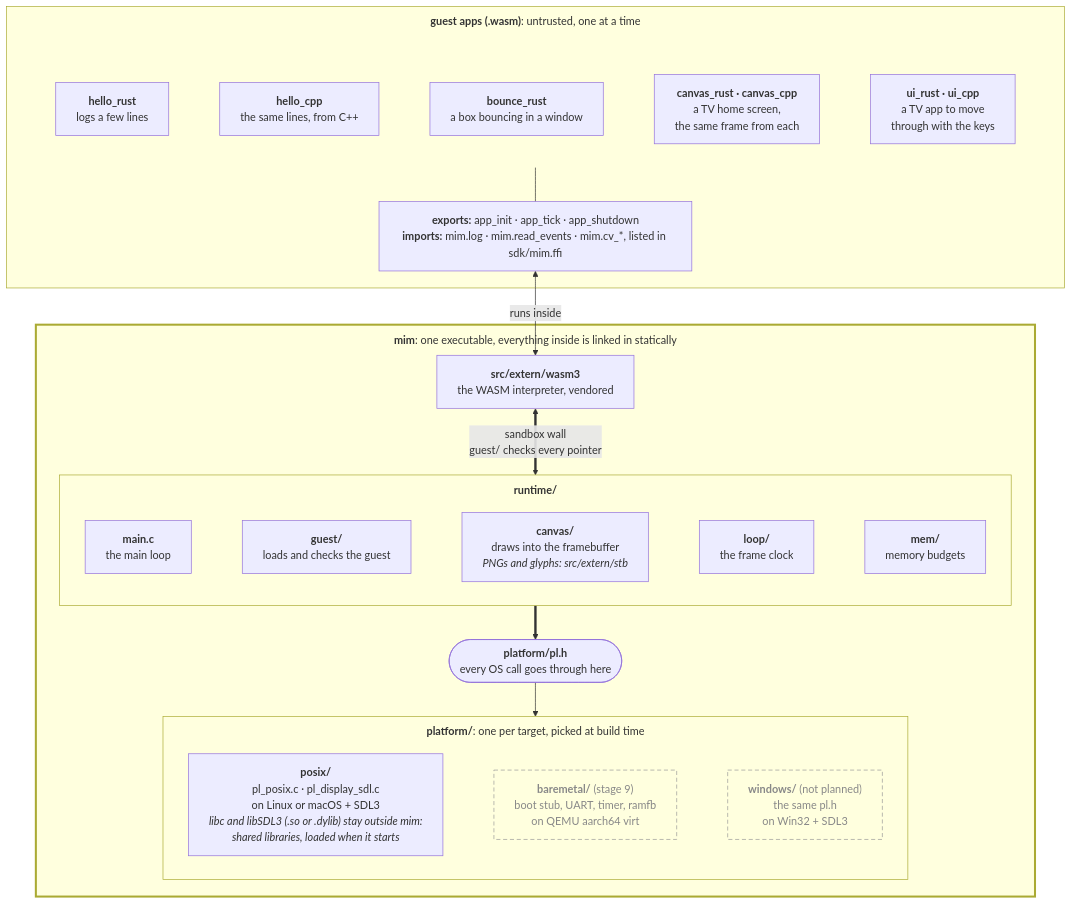
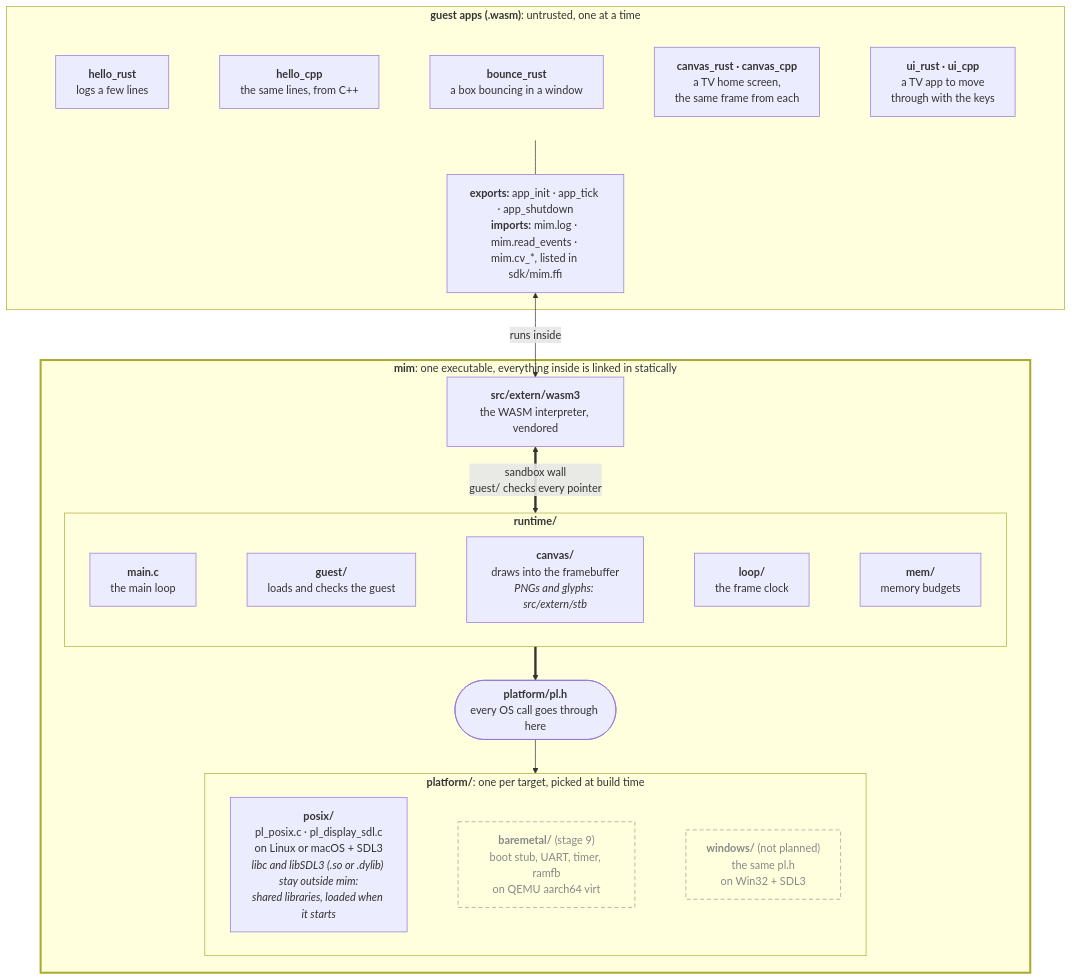
The first of 3 diagrams in README.md (arinal/mim), drawn with Mermaid before and after one commit. The commit also changed other lines of this file and 8 other files, not shown here.

````diff
--- a/README.md
+++ b/README.md
@@ -17,54 +17,53 @@
 ```mermaid
-%%{init: {"flowchart": {"wrappingWidth": 400, "subGraphTitleMargin": {"top": 10, "bottom": 10}}}}%%
 flowchart TB
     accTitle: How MIM fits together
     accDescr: Everything except the guest apps is one executable, mim; on Linux it loads libc and libSDL3 as shared libraries. Seven untrusted WASM guest apps (hello_rust, hello_cpp, bounce_rust, canvas_rust and canvas_cpp, and ui_rust and ui_cpp), loaded one at a time, run inside the wasm3 interpreter. Their imports reach the runtime's guest loader, which checks every pointer and passes drawing calls to the canvas, which draws into the framebuffer, using stb for PNGs and glyphs. The runtime reaches the OS only through platform/pl.h. Linux implements it today; bare metal in QEMU is planned for stage 9, and Windows is not planned.
 
     subgraph apps["<b>guest apps (.wasm)</b>: untrusted, one at a time"]
         subgraph list[" "]
             direction LR
             hello_rust["<b>hello_rust</b><br/>logs a few lines"]
             hello_cpp["<b>hello_cpp</b><br/>the same lines, from C++"]
             bounce_rust["<b>bounce_rust</b><br/>a box bouncing in a window"]
             demo["<b>canvas_rust · canvas_cpp</b><br/>a TV home screen,<br/>the same frame from each"]
             ui["<b>ui_rust · ui_cpp</b><br/>a TV app to move<br/>through with the keys"]
             hello_rust ~~~ hello_cpp ~~~ bounce_rust ~~~ demo ~~~ ui
         end
         abi["<b>exports:</b> app_init · app_tick · app_shutdown<br/><b>imports:</b> mim.log · mim.read_events · mim.cv_*, listed in sdk/mim.ffi"]
         list --- abi
     end
 
     subgraph mim["<b>mim</b>: one executable, everything inside is linked in statically"]
         wasm3["<b>src/extern/wasm3</b><br/>the WASM interpreter, vendored"]
 
         subgraph runtime["<b>runtime/</b>"]
             direction LR
             main["<b>main.c</b><br/>the main loop"]
             loader["<b>guest/</b><br/>loads and checks the guest"]
             canvas["<b>canvas/</b><br/>draws into the framebuffer<br/><i>PNGs and glyphs: src/extern/stb</i>"]
             loop["<b>loop/</b><br/>the frame clock"]
             mem["<b>mem/</b><br/>memory budgets"]
             main ~~~ loader ~~~ canvas ~~~ loop ~~~ mem
         end
 
         pl(["<b>platform/pl.h</b><br/>every OS call goes through here"])
 
         subgraph platforms["<b>platform/</b>: one per target, picked at build time"]
             direction LR
             posix["<b>posix/</b><br/>pl_posix.c · pl_display_sdl.c<br/>on Linux or macOS + SDL3<br/><i>libc and libSDL3 (.so or .dylib) stay outside mim:<br/>shared libraries, loaded when it starts</i>"]
             baremetal["<b>baremetal/</b> (stage 9)<br/>boot stub, UART, timer, ramfb<br/>on QEMU aarch64 virt"]
             windows["<b>windows/</b> (not planned)<br/>the same pl.h<br/>on Win32 + SDL3"]
             posix ~~~ baremetal ~~~ windows
         end
     end
 
     abi <-- "runs inside" --> wasm3
     wasm3 <== "sandbox wall<br/>guest/ checks every pointer" ==> runtime
     runtime ==> pl
     pl --> platforms
 
     classDef planned fill:none,stroke:#999,stroke-dasharray:6 4,color:#888
     class baremetal,windows planned
     style mim stroke-width:3px
     style list fill:none,stroke:none
 ```
````
